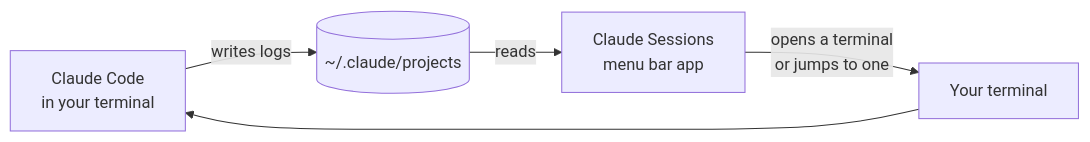
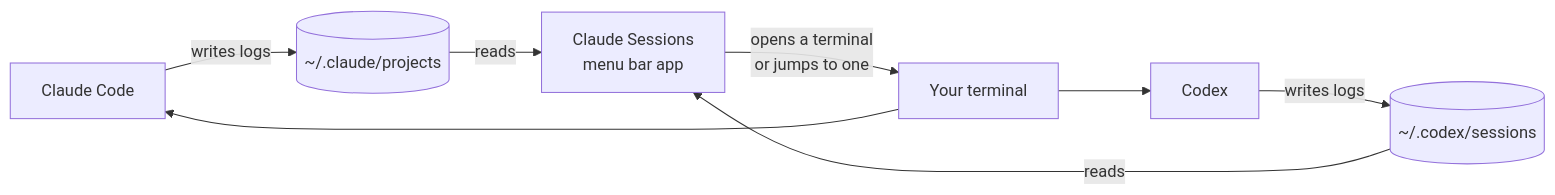
One commit to RaazKetan/claude-session-manager changed the first of 7 diagrams in ARCHITECTURE.md. Above: the diagram before and after it, drawn with Mermaid. The commit also changed other lines of this file and 3 other files, not shown here.

First line of the commit message:
Add Codex sessions, agent filter, and search inside conversations

````diff
--- a/ARCHITECTURE.md
+++ b/ARCHITECTURE.md
@@ -10,7 +10,10 @@
 ```mermaid
 flowchart LR
-    CC["Claude Code<br/>in your terminal"] -->|writes logs| L[("~/.claude/projects")]
+    CC["Claude Code"] -->|writes logs| L[("~/.claude/projects")]
+    CX["Codex"] -->|writes logs| L2[("~/.codex/sessions")]
     L -->|reads| APP["Claude Sessions<br/>menu bar app"]
+    L2 -->|reads| APP
     APP -->|"opens a terminal<br/>or jumps to one"| T["Your terminal"]
     T --> CC
+    T --> CX
 ```
````
